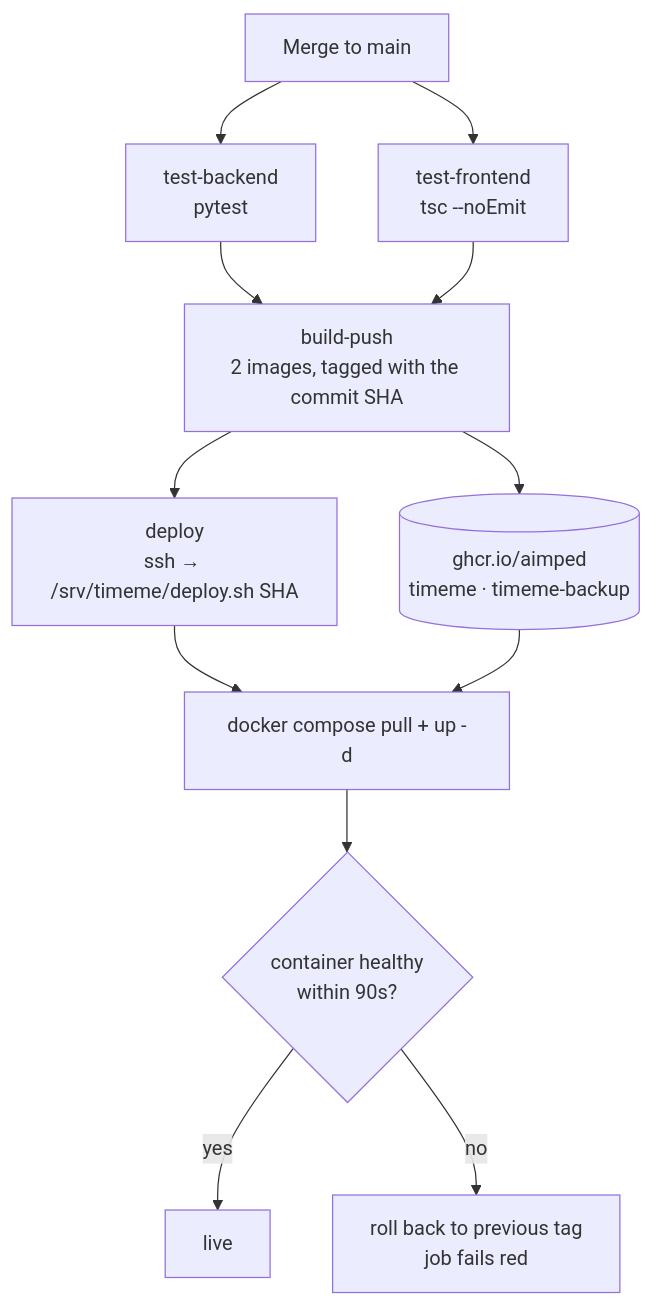
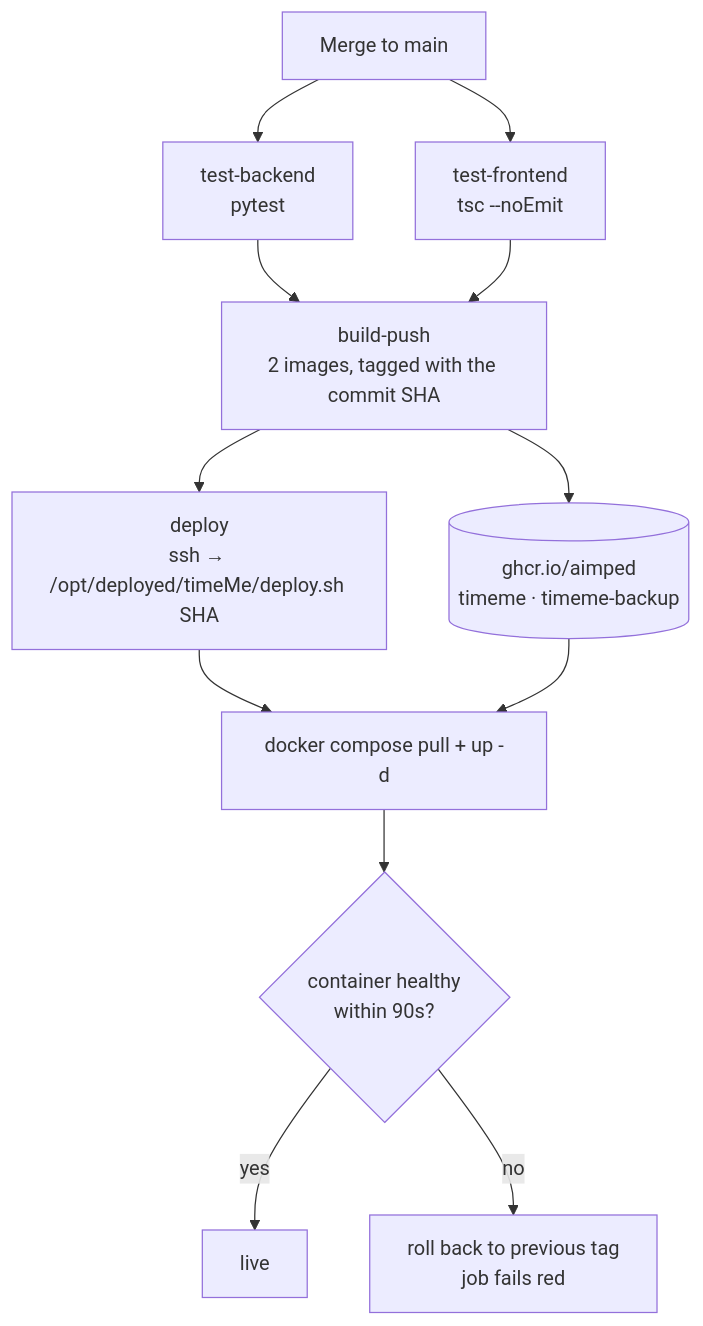
Before and after one commit to AIMPED/timeMe: the diagram in DEPLOYMENT.md, drawn with Mermaid. The commit also changed other lines of this file and 1 other file, not shown here.

First line of the commit message:
docs: use /opt/deployed/timeMe as the app directory

````diff
--- a/DEPLOYMENT.md
+++ b/DEPLOYMENT.md
@@ -14,14 +14,14 @@
 ```mermaid
 flowchart TD
     M["Merge to main"] --> T1["test-backend<br/>pytest"]
     M --> T2["test-frontend<br/>tsc --noEmit"]
     T1 --> B["build-push<br/>2 images, tagged with the commit SHA"]
     T2 --> B
     B --> G[("ghcr.io/aimped<br/>timeme · timeme-backup")]
-    B --> D["deploy<br/>ssh → /srv/timeme/deploy.sh SHA"]
+    B --> D["deploy<br/>ssh → /opt/deployed/timeMe/deploy.sh SHA"]
     D --> P["docker compose pull + up -d"]
     G --> P
     P --> H{"container healthy<br/>within 90s?"}
     H -->|yes| OK["live"]
     H -->|no| RB["roll back to previous tag<br/>job fails red"]
 ```
````
